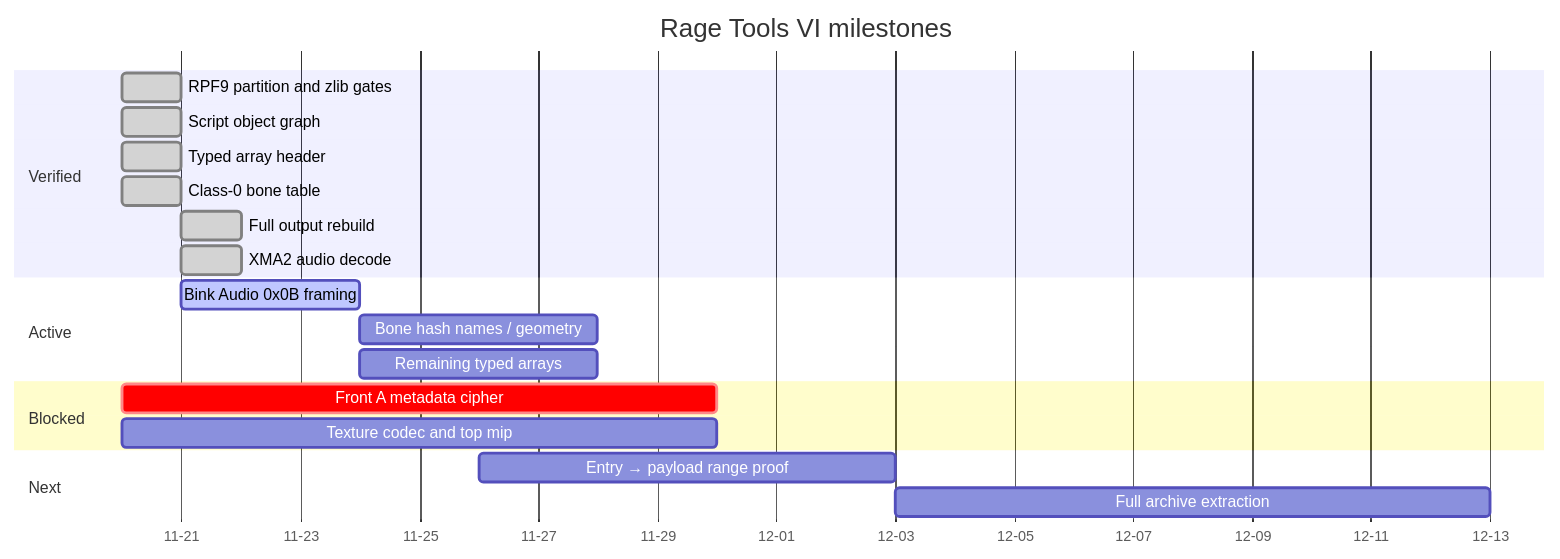
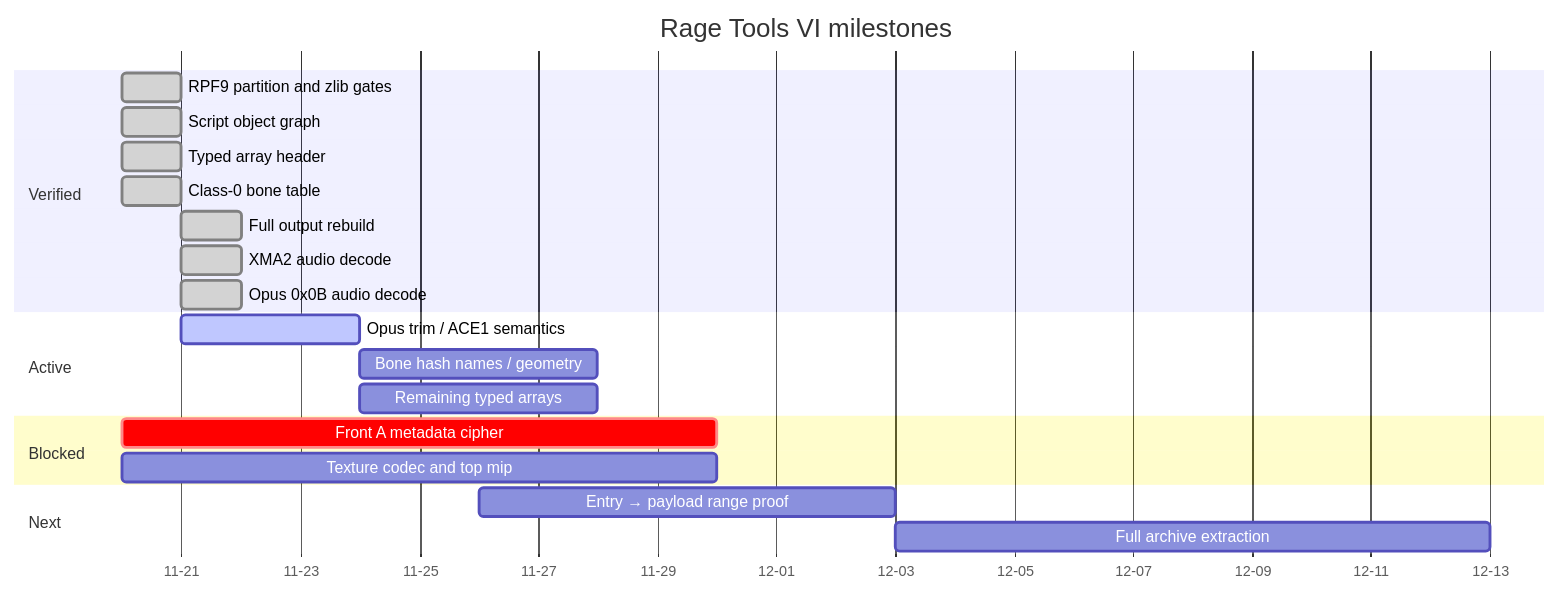
One commit to lynxnathan/rage-tools-vi changed the first of 2 diagrams in docs/roadmap.md. Above: the diagram before and after it, drawn with Mermaid. The commit also changed other lines of this file and 16 other files, not shown here.

Commit message:
Decode and export AWC Opus and ACE1 audio

````diff
--- a/docs/roadmap.md
+++ b/docs/roadmap.md
@@ -8,23 +8,24 @@
 ```mermaid
 gantt
     title Rage Tools VI milestones
     dateFormat  YYYY-MM-DD
     axisFormat  %m-%d
     section Verified
     RPF9 partition and zlib gates :done, 2026-11-20, 1d
     Script object graph           :done, 2026-11-20, 1d
     Typed array header            :done, 2026-11-20, 1d
     Class-0 bone table            :done, 2026-11-20, 1d
     Full output rebuild           :done, 2026-11-21, 1d
     XMA2 audio decode             :done, 2026-11-21, 1d
+    Opus 0x0B audio decode        :done, 2026-11-21, 1d
     section Active
-    Bink Audio 0x0B framing       :active, 2026-11-21, 3d
+    Opus trim / ACE1 semantics    :active, 2026-11-21, 3d
     Bone hash names / geometry    :2026-11-24, 4d
     Remaining typed arrays        :2026-11-24, 4d
     section Blocked
     Front A metadata cipher       :crit, 2026-11-20, 10d
     Texture codec and top mip     :2026-11-20, 10d
     section Next
     Entry → payload range proof   :2026-11-26, 7d
     Full archive extraction       :2026-12-03, 10d
 ```
````
